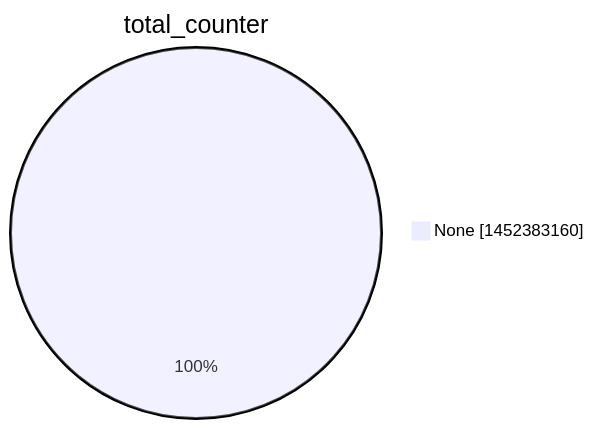
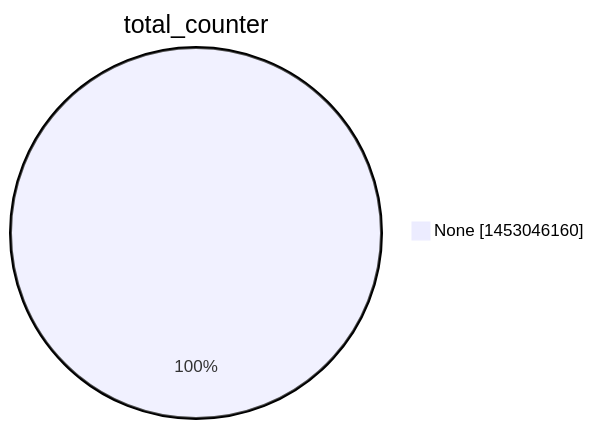
Before and after one commit to christiankrug/ctmonitor_visualization: the second of 15 diagrams in argon2022/README.md, drawn with Mermaid. The commit also changed other lines of this file, not shown here.

````diff
--- a/argon2022/README.md
+++ b/argon2022/README.md
@@ -9,5 +9,5 @@
 ```mermaid
 pie showData
 title total_counter
-"None" :1452383160
+"None" :1453046160
 ```
````
